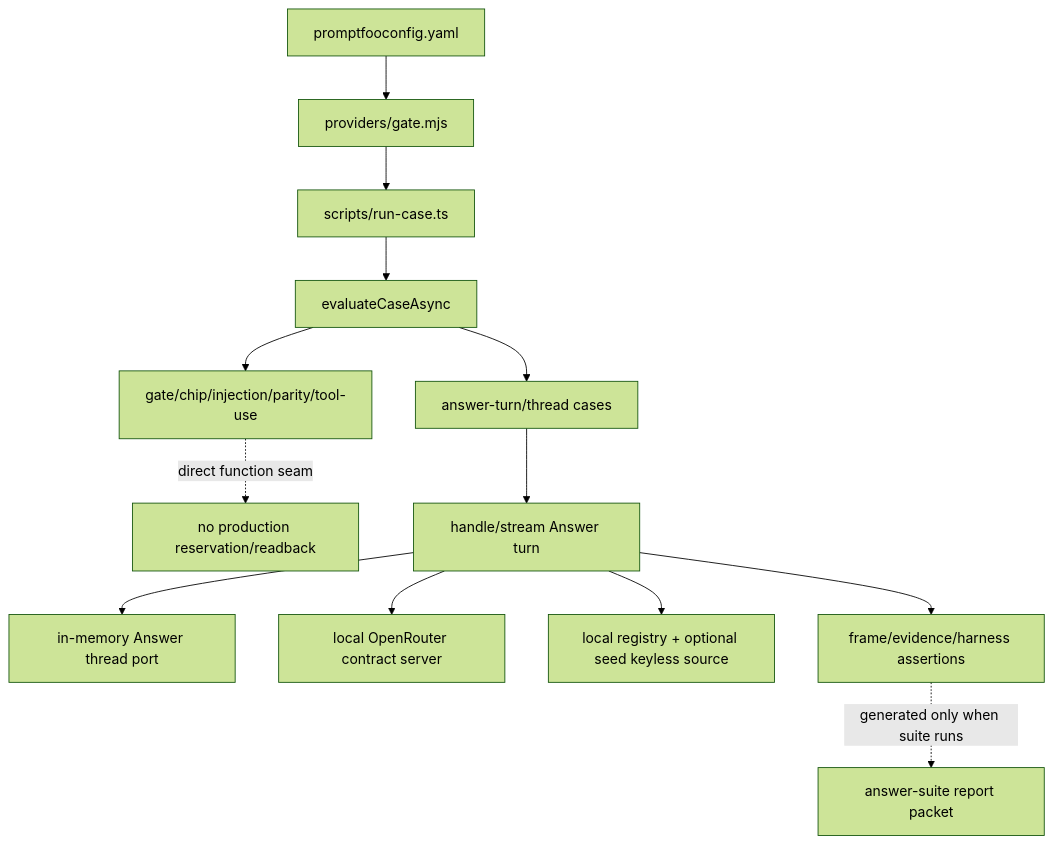
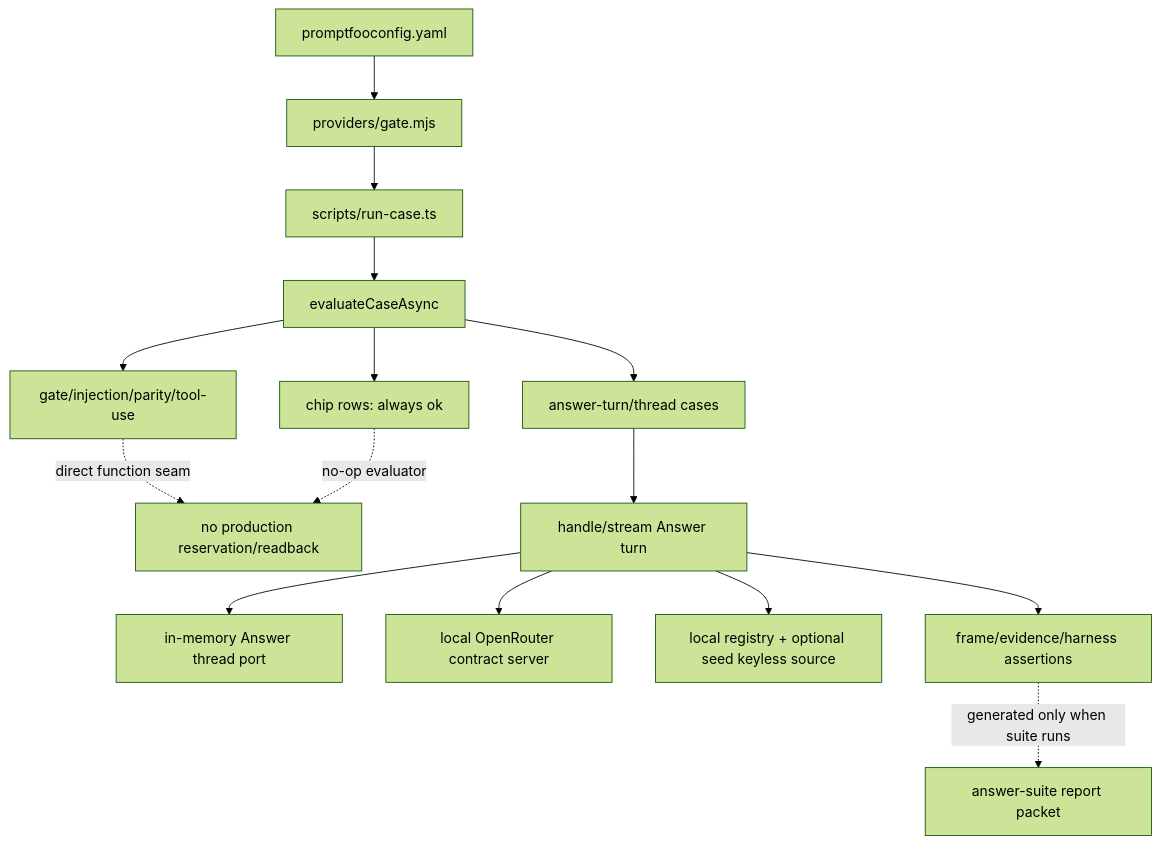
Before and after one commit to CreasyBear/Agentic-Economy: the second of 2 diagrams in .planning/codebase/PROMPT-DATA-FLOW.md, drawn with Mermaid (forest theme). The commit also changed other lines of this file and 7 other files, not shown here.

````diff
--- a/.planning/codebase/PROMPT-DATA-FLOW.md
+++ b/.planning/codebase/PROMPT-DATA-FLOW.md
@@ -194,15 +118,17 @@
 ```mermaid
 flowchart TD
   PF[promptfooconfig.yaml] --> PR[providers/gate.mjs]
   PR --> RC[scripts/run-case.ts]
   RC --> EV[evaluateCaseAsync]
-  EV --> PURE[gate/chip/injection/parity/tool-use]
+  EV --> PURE[gate/injection/parity/tool-use]
+  EV --> CHIP[chip rows: always ok]
   EV --> TURN[answer-turn/thread cases]
   PURE -. direct function seam .-> NO[no production reservation/readback]
+  CHIP -. no-op evaluator .-> NO
   TURN --> HR[handle/stream Answer turn]
   HR --> TP[in-memory Answer thread port]
   HR --> OR[local OpenRouter contract server]
   HR --> RG[local registry + optional seed keyless source]
   HR --> AS[frame/evidence/harness assertions]
   AS -. generated only when suite runs .-> PK[answer-suite report packet]
 ```
````
